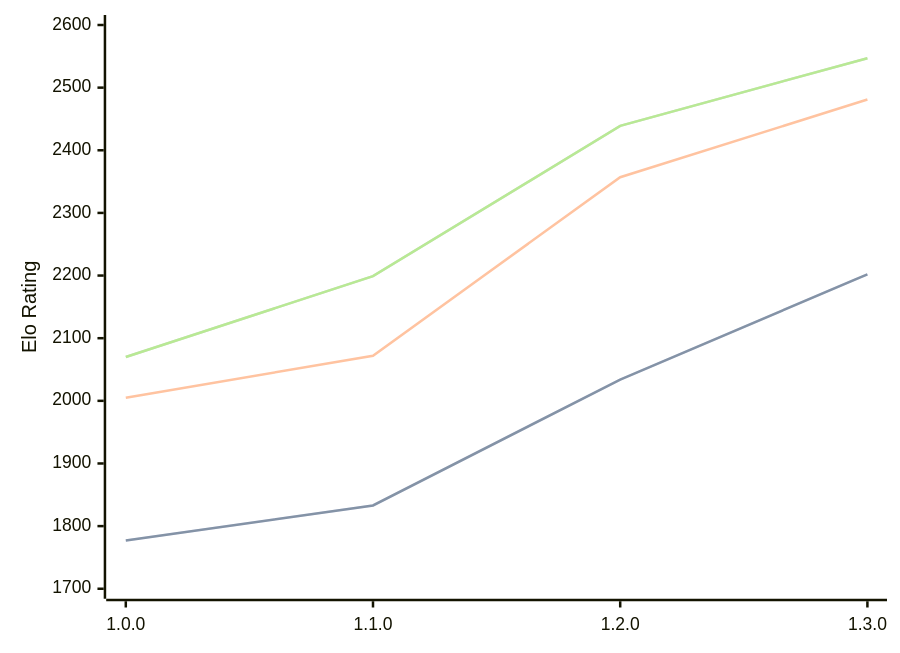
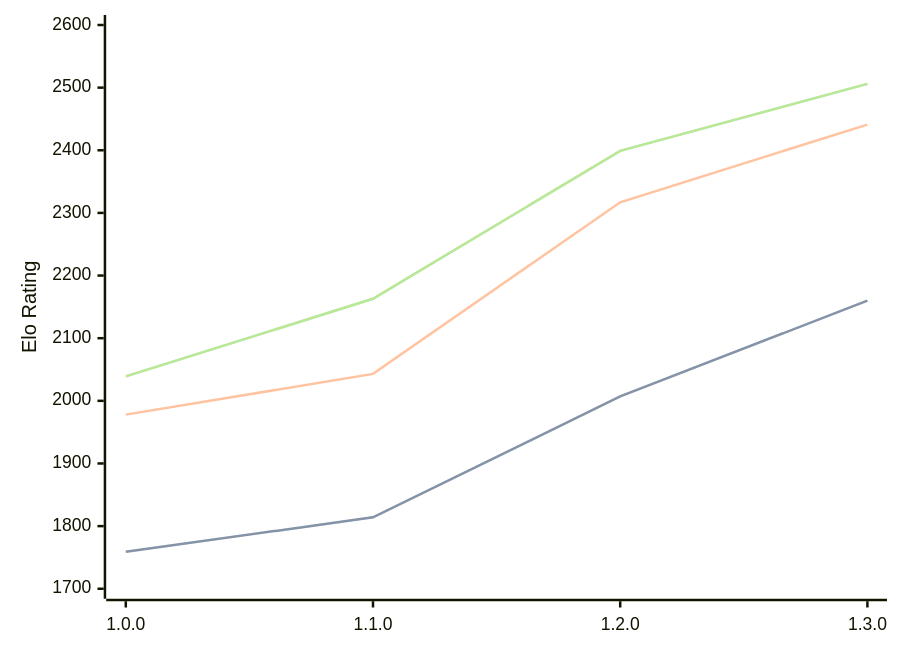
Before and after one commit to computer-chess-index/cci: the diagram in engines/Anodos.md, drawn with Mermaid. The commit also changed other lines of this file, not shown here.

Commit message:
Update CCI Ratings (ELO VLTC) - 2026-05-19

````diff
--- a/engines/Anodos.md
+++ b/engines/Anodos.md
@@ -45,11 +45,11 @@
 ```mermaid
 %%{init: {"theme":"base","themeVariables":{"seriesColors:['#a3a3a3','#222221','#faa371']}}}%%
 xychart-beta
   x-axis ["1.0.0", "1.1.0", "1.2.0", "1.3.0"]
   y-axis "Elo Rating" 1700 --> 2600
-  line "STC (8.0+0.08s)" [1777, 1833, 2034, 2202]
-  line "STC (8.0+0.08s)" [1777, 1833, 2034, 2202]
-  line "LTC (60.0+0.60s)" [2005, 2072, 2357, 2481]
-  line "VLTC (2m24s+1.12s)" [2070, 2199, 2439, 2547]
-  line "VLTC (2m24s+1.12s)" [2070, 2199, 2439, 2547]
+  line "STC (8.0+0.08s)" [1759, 1814, 2007, 2160]
+  line "STC (8.0+0.08s)" [1759, 1814, 2007, 2160]
+  line "LTC (60.0+0.60s)" [1978, 2043, 2317, 2441]
+  line "VLTC (2m24s+1.12s)" [2039, 2163, 2399, 2506]
+  line "VLTC (2m24s+1.12s)" [2039, 2163, 2399, 2506]
 ```
````
